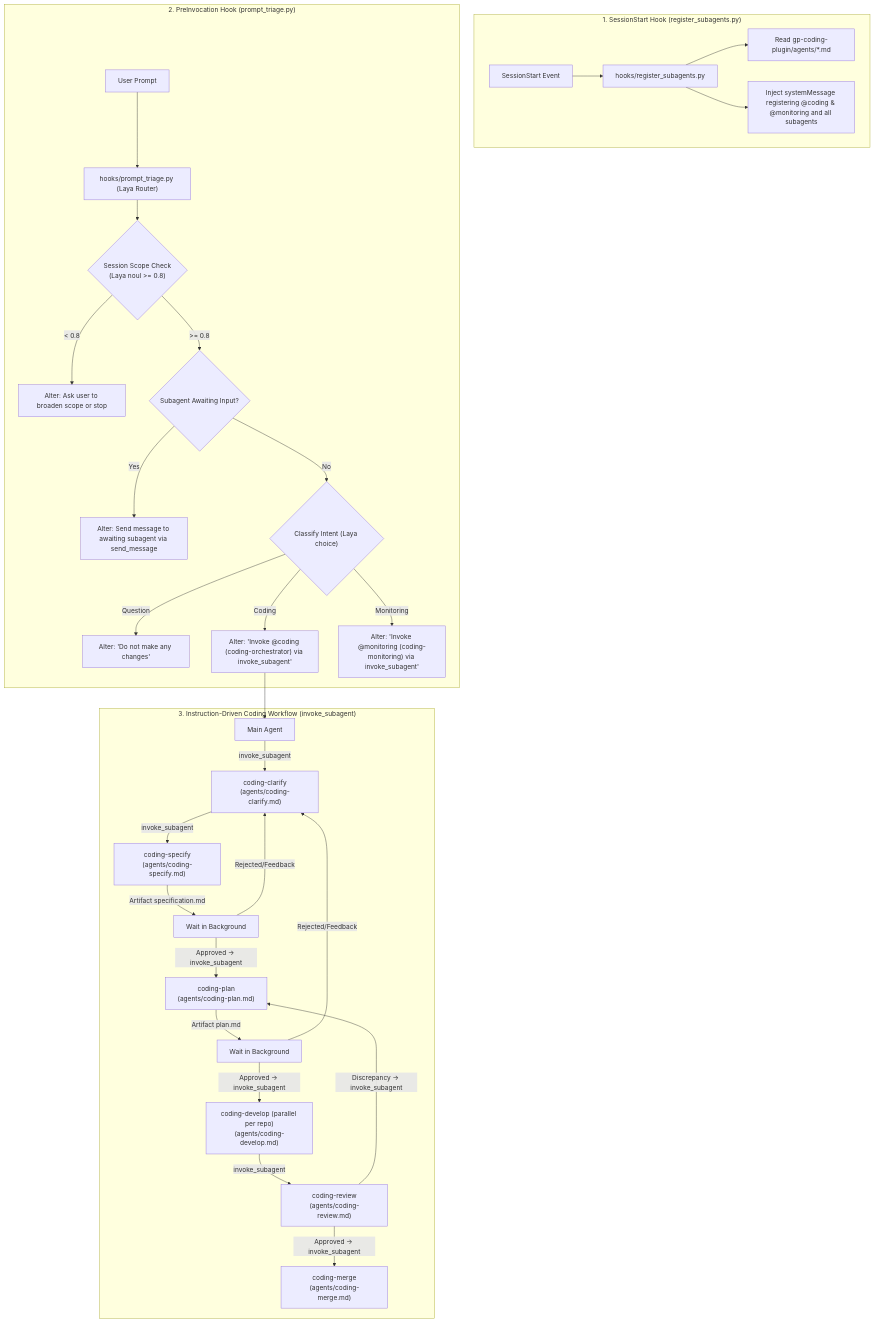
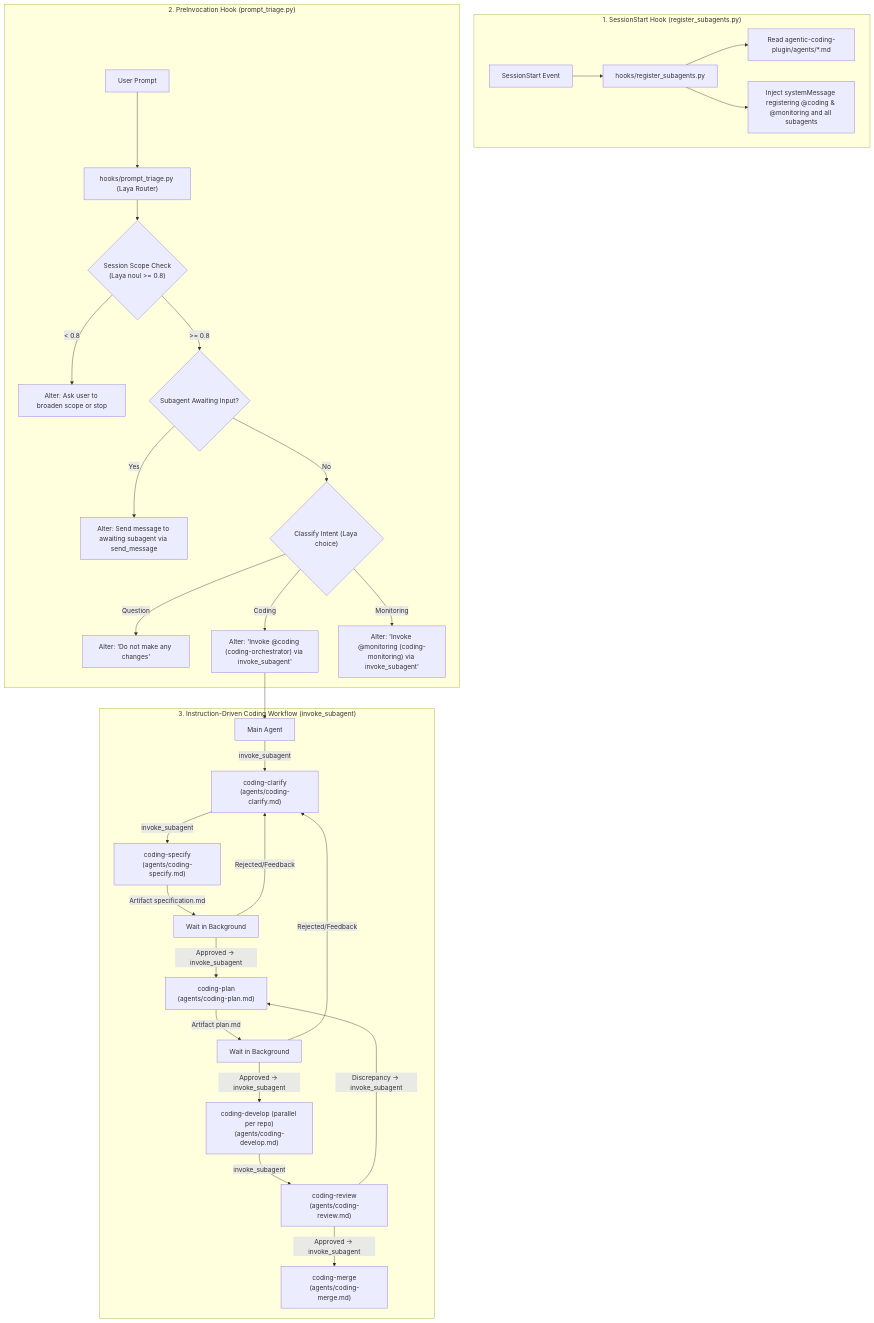
Before and after one commit to gpfister/agentic-obsidian: the diagram in sessions/attachments/8dbcd1fd-91d2-4910-b07a-5089b2b16bc9/markdown_agents_and_hooks_plan.md, drawn with Mermaid. The commit also changed other lines of this file and 19 other files, not shown here.

````diff
--- a/sessions/attachments/8dbcd1fd-91d2-4910-b07a-5089b2b16bc9/markdown_agents_and_hooks_plan.md
+++ b/sessions/attachments/8dbcd1fd-91d2-4910-b07a-5089b2b16bc9/markdown_agents_and_hooks_plan.md
@@ -23,35 +23,35 @@
 ```mermaid
 flowchart TD
     subgraph SessionStartPhase ["1. SessionStart Hook (register_subagents.py)"]
         SS["SessionStart Event"] --> RegScript["hooks/register_subagents.py"]
-        RegScript --> ReadAgents["Read gp-coding-plugin/agents/*.md"]
+        RegScript --> ReadAgents["Read agentic-coding-plugin/agents/*.md"]
         RegScript --> InjectReg["Inject systemMessage registering @coding & @monitoring and all subagents"]
     end
 
     subgraph PreInvocationPhase ["2. PreInvocation Hook (prompt_triage.py)"]
         UserMsg["User Prompt"] --> TriageHook["hooks/prompt_triage.py (Laya Router)"]
         TriageHook --> ScopeCheck{"Session Scope Check\n(Laya noul >= 0.8)"}
         ScopeCheck -- "< 0.8" --> ScopePrompt["Alter: Ask user to broaden scope or stop"]
         ScopeCheck -- ">= 0.8" --> WaitingCheck{"Subagent Awaiting Input?"}
         WaitingCheck -- Yes --> RouteWaiting["Alter: Send message to awaiting subagent via send_message"]
         WaitingCheck -- No --> IntentClass{"Classify Intent (Laya choice)"}
         IntentClass -- "Question" --> AlterQ["Alter: 'Do not make any changes'"]
         IntentClass -- "Coding" --> AlterCoding["Alter: 'Invoke @coding (coding-orchestrator) via invoke_subagent'"]
         IntentClass -- "Monitoring" --> AlterMon["Alter: 'Invoke @monitoring (coding-monitoring) via invoke_subagent'"]
     end
 
     subgraph OrchestrationPhase ["3. Instruction-Driven Coding Workflow (invoke_subagent)"]
         AlterCoding --> MainAgent["Main Agent"]
         MainAgent -->|invoke_subagent| Clarify["coding-clarify\n(agents/coding-clarify.md)"]
         Clarify -->|invoke_subagent| Specify["coding-specify\n(agents/coding-specify.md)"]
         Specify -->|Artifact specification.md| WaitSpec["Wait in Background"]
         WaitSpec -->|Approved -> invoke_subagent| Plan["coding-plan\n(agents/coding-plan.md)"]
         WaitSpec -->|Rejected/Feedback| Clarify
         Plan -->|Artifact plan.md| WaitPlan["Wait in Background"]
         WaitPlan -->|Approved -> invoke_subagent| Dev["coding-develop (parallel per repo)\n(agents/coding-develop.md)"]
         WaitPlan -->|Rejected/Feedback| Clarify
         Dev -->|invoke_subagent| Review["coding-review\n(agents/coding-review.md)"]
         Review -->|Discrepancy -> invoke_subagent| Plan
         Review -->|Approved -> invoke_subagent| Merge["coding-merge\n(agents/coding-merge.md)"]
     end
 ```
````
